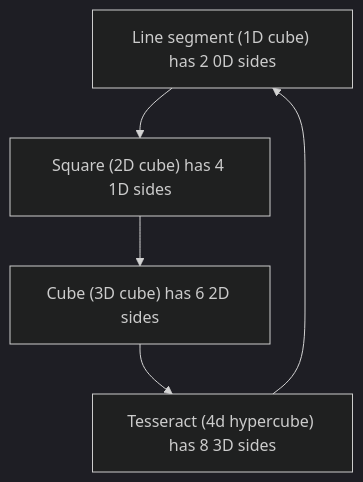
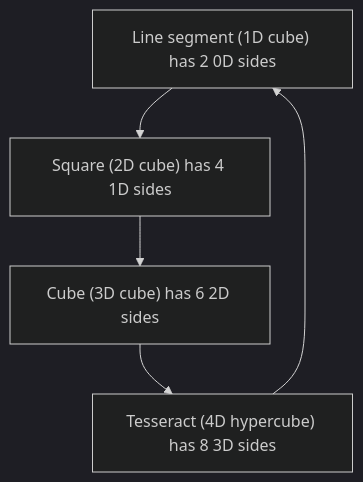
Before and after one commit to CopperStairs/4D_Render: the diagram in README.md, drawn with Mermaid (dark theme). The commit also changed other lines of this file, not shown here.

````diff
--- a/README.md
+++ b/README.md
@@ -23,8 +23,8 @@
 ```mermaid
 flowchart TD
     line_segment["Line segment (1D cube) has 2 0D sides"]
     square["Square (2D cube) has 4 1D sides"]
     cube["Cube (3D cube) has 6 2D sides"]
-    tesseract["Tesseract (4d hypercube) has 8 3D sides"]
+    tesseract["Tesseract (4D hypercube) has 8 3D sides"]
     line_segment --> square --> cube --> tesseract --> line_segment
 ```
````
